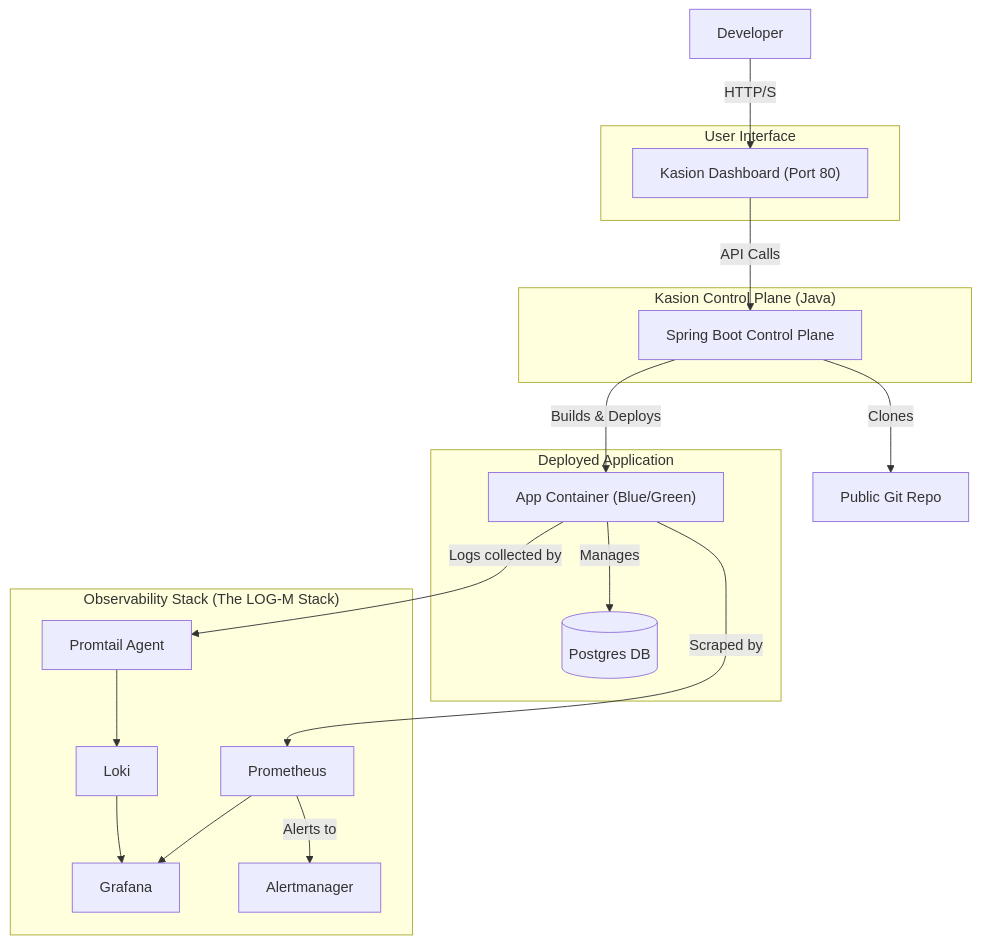
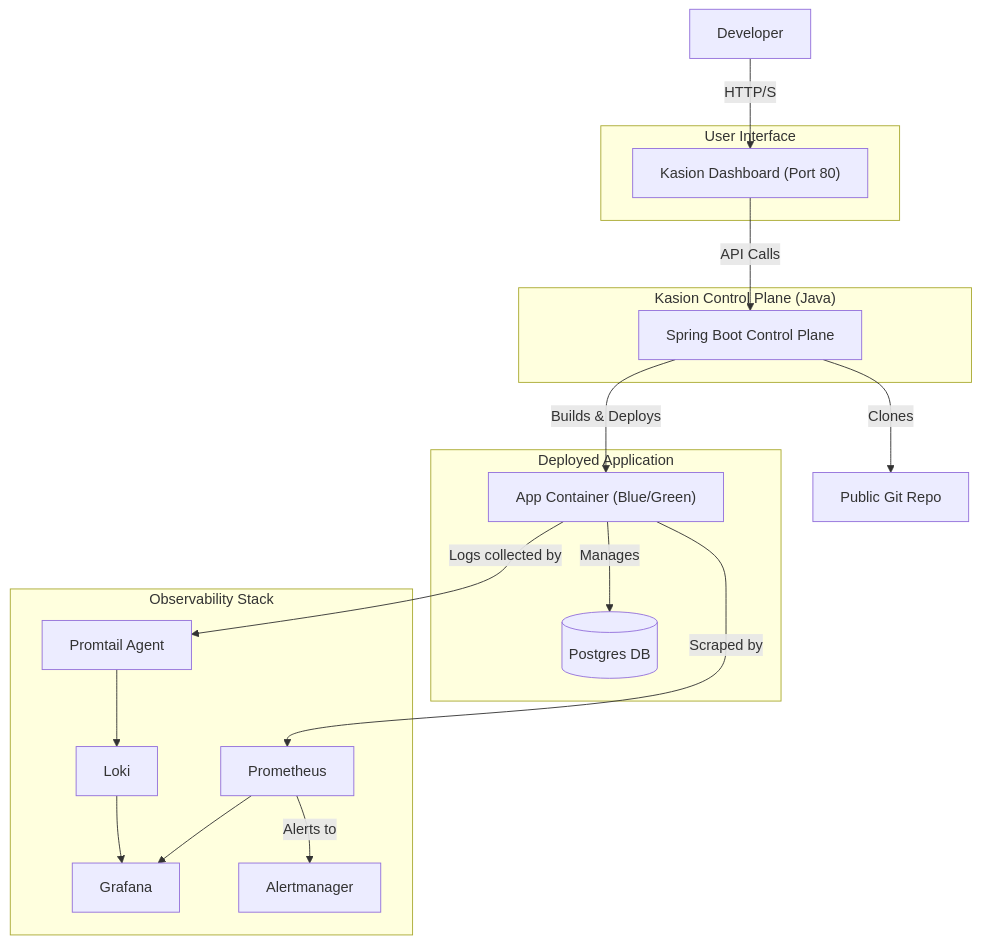
Before and after one commit to lawrencedcodes/kasion-platform: the diagram in README.md, drawn with Mermaid. The commit also changed 1 other file, not shown here.

Commit message:
fix(docs): Correct Mermaid diagram title overlap

````diff
--- a/README.md
+++ b/README.md
@@ -52,36 +52,36 @@
 ```mermaid
 graph TD
     subgraph "User Interface"
         UI["Kasion Dashboard (Port 80)"]
     end
 
     subgraph "Kasion Control Plane (Java)"
         ControlPlane["Spring Boot Control Plane"]
     end
 
     subgraph "Deployed Application"
         AppContainer["App Container (Blue/Green)"]
         AppDB[(Postgres DB)]
         AppContainer -- Manages --> AppDB
     end
 
-    subgraph "Observability Stack (The LOG-M Stack)"
+    subgraph "Observability Stack"
         Prometheus[Prometheus]
         Grafana[Grafana]
         Loki[Loki]
         Alertmanager[Alertmanager]
         Promtail[Promtail Agent]
     end
 
     User[Developer] -->|HTTP/S| UI
     UI -->|API Calls| ControlPlane
     ControlPlane -- Clones --> GitHub[Public Git Repo]
     ControlPlane -- Builds & Deploys --> AppContainer
     
     AppContainer -- Scraped by --> Prometheus
     AppContainer -- Logs collected by --> Promtail
     Promtail --> Loki
     Prometheus --> Grafana
     Loki --> Grafana
     Prometheus -- Alerts to --> Alertmanager
 ```
````
